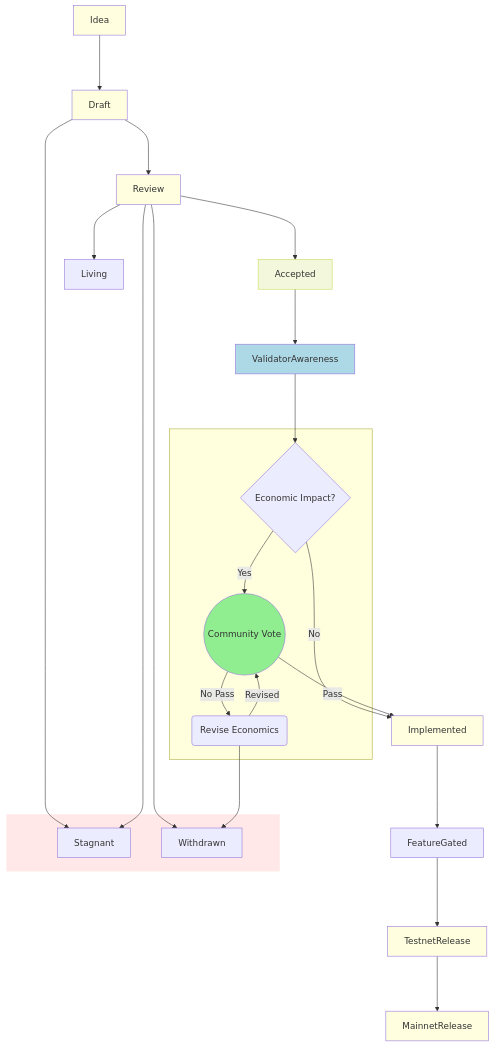
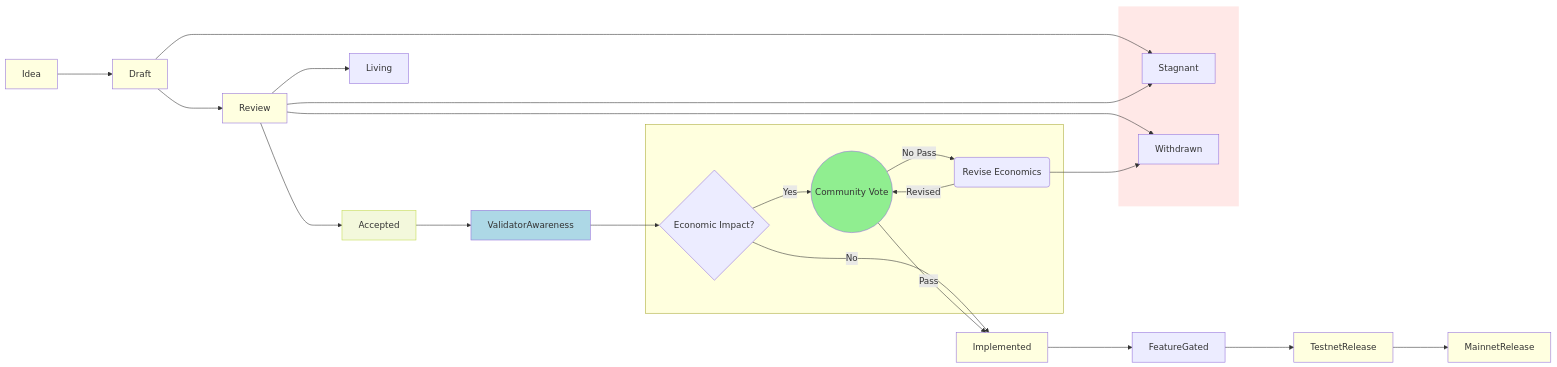
One commit to 0xSol/solana-improvement-documents changed the diagram in proposals/0001-simd-process.md. Above: the diagram before and after it, drawn with Mermaid.

Commit message:
Revise to get around Github Unable to render rich display error

````diff
--- a/proposals/0001-simd-process.md
+++ b/proposals/0001-simd-process.md
@@ -94,55 +94,56 @@
 ```mermaid
-flowchart TD
+flowchart LR 
   Idea
   Draft
   Review
   Accepted
   EconomicImpact?
   Implemented
   CommunityVote
   ReviseEconomics
   ValidatorAwareness
   FeatureGated
   TestnetRelease
   MainnetRelease
   
   subgraph fail[&nbsp];
     Stagnant
     Withdrawn
   end
 
   subgraph economics[&nbsp];
 	EconomicImpact?
     CommunityVote
     ReviseEconomics
   end
   
   style fail fill:#ffe8e7,stroke:none
   style CommunityVote fill: lightgreen
   style Implemented fill: lightyellow
   style Idea fill: lightyellow
   style Review fill: lightyellow
   style TestnetRelease fill: lightyellow
   style MainnetRelease fill: lightyellow
   style Draft fill: lightyellow
   style ValidatorAwareness fill:lightblue
   style Accepted fill:#f3f8dc,stroke:#c3db50;
 
   Idea ---> Draft;
   Draft ---> Review;
   Review ---> Accepted;
   Review ---> Living;
 
   Draft ---> Stagnant;
   Review ---> Stagnant;
   Review ---> Withdrawn;
-  Accepted ---> ValidatorAwareness ---> EconomicImpact?{Economic Impact?} -- No --> Implemented 
+  Accepted ---> ValidatorAwareness ---> EconomicImpact?
+  EconomicImpact?{Economic Impact?} -- No --> Implemented 
   EconomicImpact? -- Yes --> CommunityVote((Community Vote))
   CommunityVote -- Pass --> Implemented 
   CommunityVote -- No Pass --> ReviseEconomics(Revise Economics)
   ReviseEconomics -- Revised --> CommunityVote
   ReviseEconomics ---> Withdrawn
   Implemented ---> FeatureGated
   FeatureGated ---> TestnetRelease
   TestnetRelease ---> MainnetRelease
 ```  
````
